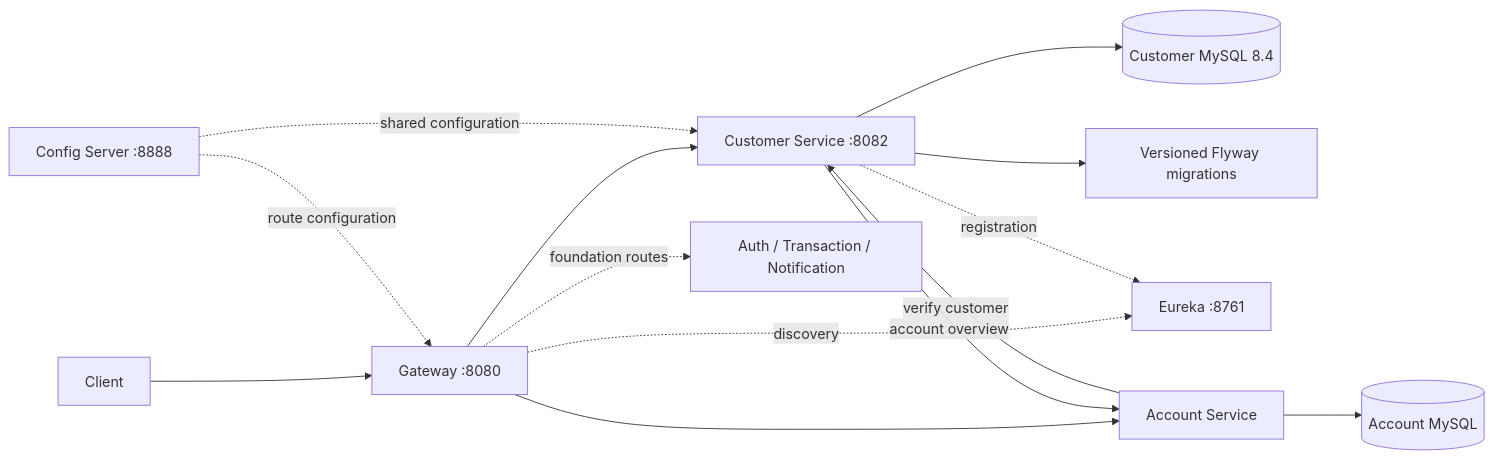
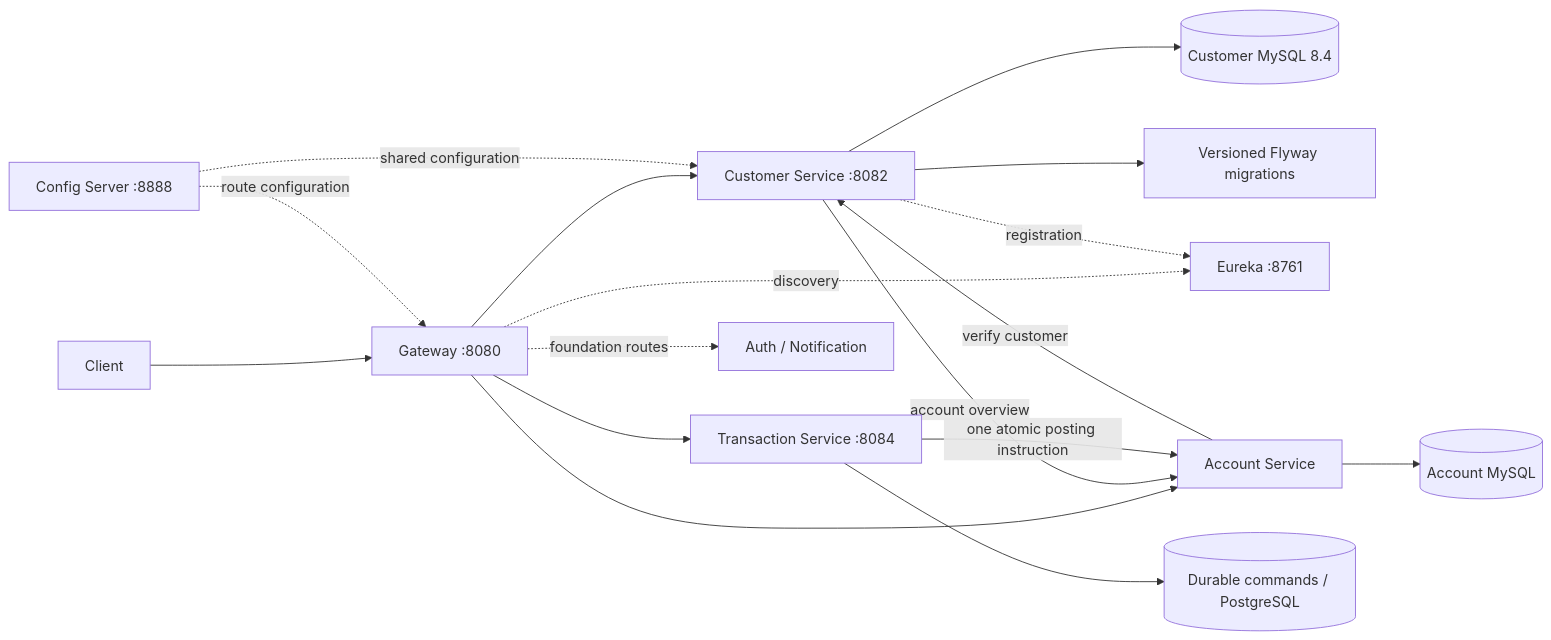
One commit to pajic2017/banking-app-dra changed the diagram in README.md. Above: the diagram before and after it, drawn with Mermaid. The commit also changed other lines of this file and 42 other files, not shown here.

Commit message:
Implement Phase 4 atomic ledger and durable transaction processing

````diff
--- a/README.md
+++ b/README.md
@@ -8,16 +8,19 @@
 ```mermaid
 flowchart LR
     Client --> Gateway[Gateway :8080]
     Gateway --> Customer[Customer Service :8082]
     Customer --> MySQL[(Customer MySQL 8.4)]
     Customer --> Flyway[Versioned Flyway migrations]
     Gateway -. discovery .-> Eureka[Eureka :8761]
     Customer -. registration .-> Eureka
     Config[Config Server :8888] -. route configuration .-> Gateway
     Config -. shared configuration .-> Customer
     Gateway --> Account[Account Service]
     Customer -->|account overview| Account
     Account -->|verify customer| Customer
     Account --> AccountDB[(Account MySQL)]
-    Gateway -. foundation routes .-> Others[Auth / Transaction / Notification]
+    Gateway --> Transaction[Transaction Service :8084]
+    Transaction --> PostgreSQL[(Durable commands / PostgreSQL)]
+    Transaction -->|one atomic posting instruction| Account
+    Gateway -. foundation routes .-> Others[Auth / Notification]
 ```
````
